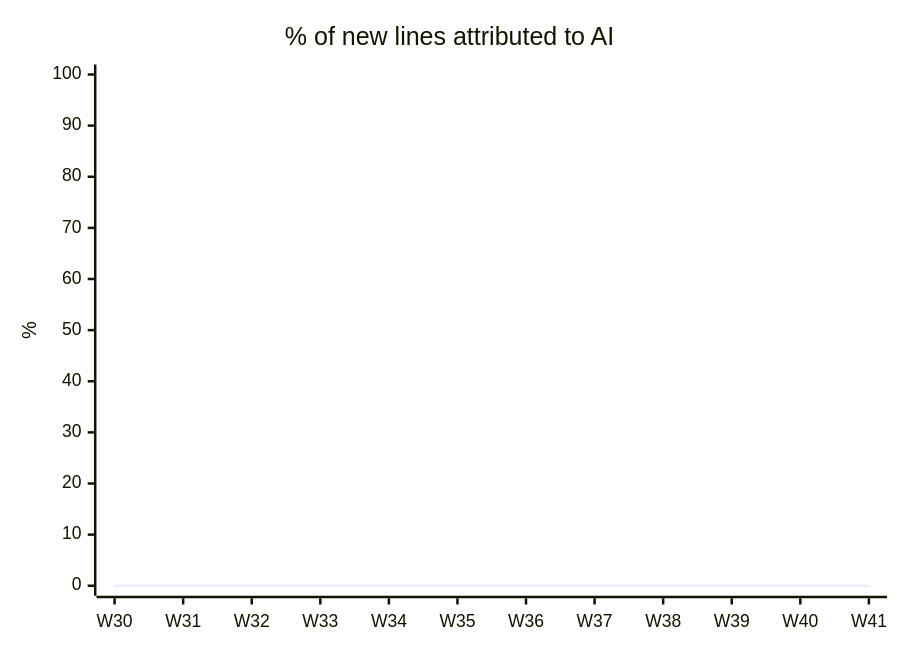
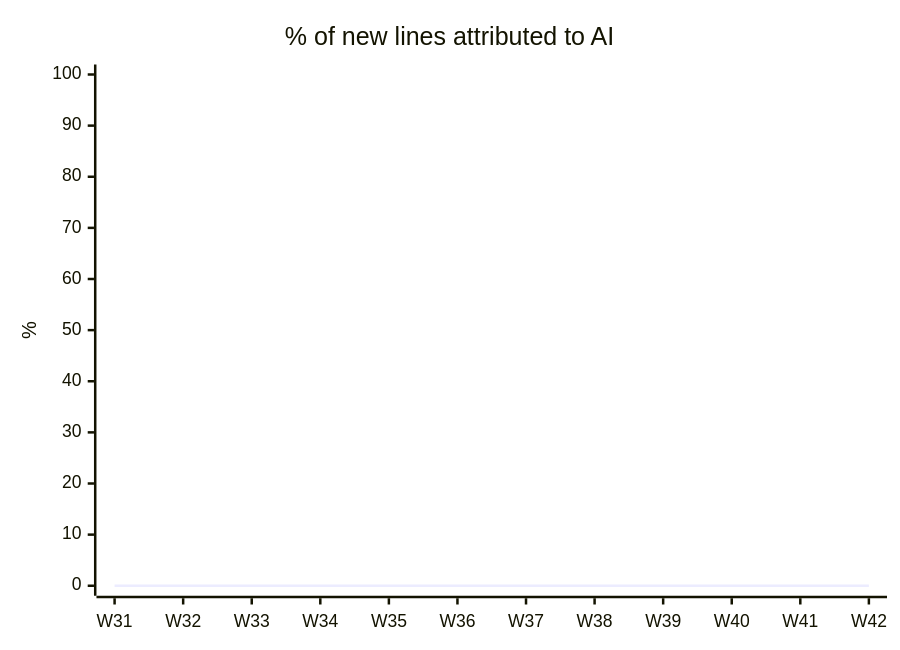
Before and after one commit to fromwaydowntown/ai-use: the diagram in docs/AI_USAGE.md, drawn with Mermaid. The commit also changed other lines of this file, not shown here.

````diff
--- a/docs/AI_USAGE.md
+++ b/docs/AI_USAGE.md
@@ -17,7 +17,7 @@
 ```mermaid
 xychart-beta
     title "% of new lines attributed to AI"
-    x-axis ["W30", "W31", "W32", "W33", "W34", "W35", "W36", "W37", "W38", "W39", "W40", "W41"]
+    x-axis ["W31", "W32", "W33", "W34", "W35", "W36", "W37", "W38", "W39", "W40", "W41", "W42"]
     y-axis "%" 0 --> 100
     line [0, 0, 0, 0, 0, 0, 0, 0, 0, 0, 0, 0]
 ```
````
